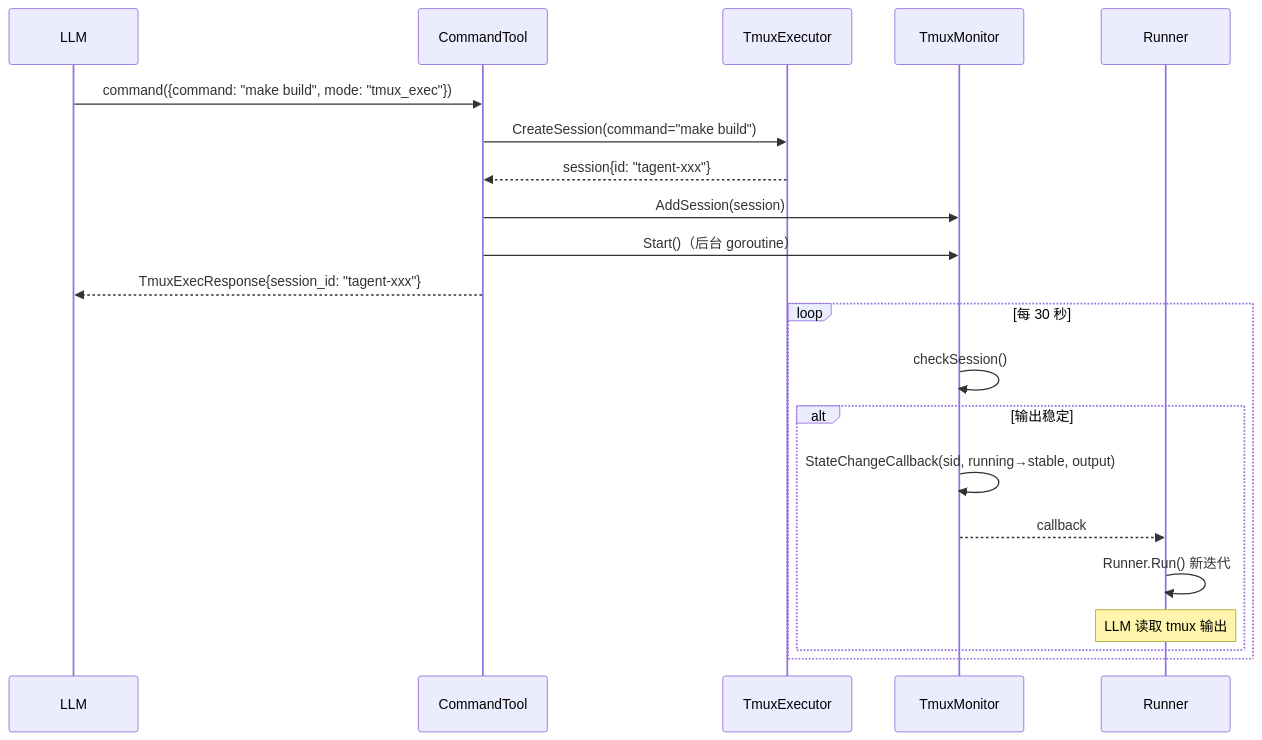
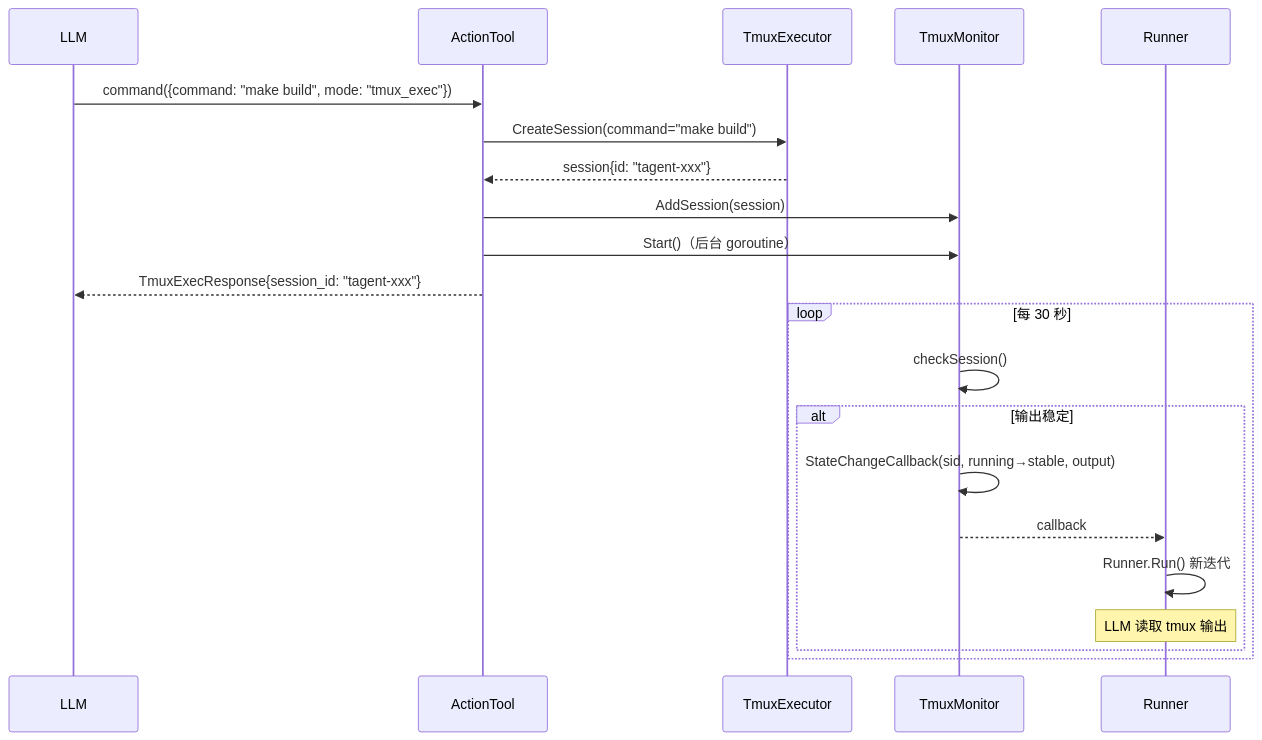
Before and after one commit to SpellingDragon/tagent: the sixth of 6 diagrams in docs/wiki/tool/tool-architecture.md, drawn with Mermaid. The commit also changed other lines of this file and 109 other files, not shown here.

````diff
--- a/docs/wiki/tool/tool-architecture.md
+++ b/docs/wiki/tool/tool-architecture.md
@@ -940,25 +964,25 @@
 ```mermaid
 sequenceDiagram
     participant LLM as LLM
-    participant CT as CommandTool
+    participant CT as ActionTool
     participant TE as TmuxExecutor
     participant TM as TmuxMonitor
     participant Runner as Runner
 
     LLM->>CT: command({command: "make build", mode: "tmux_exec"})
     CT->>TE: CreateSession(command="make build")
     TE-->>CT: session{id: "tagent-xxx"}
     CT->>TM: AddSession(session)
     CT->>TM: Start()（后台 goroutine）
     CT-->>LLM: TmuxExecResponse{session_id: "tagent-xxx"}
 
     loop 每 30 秒
         TM->>TM: checkSession()
         alt 输出稳定
             TM->>TM: StateChangeCallback(sid, running→stable, output)
             TM-->>Runner: callback
             Runner->>Runner: Runner.Run() 新迭代
             Note over Runner: LLM 读取 tmux 输出
         end
     end
 ```
````
